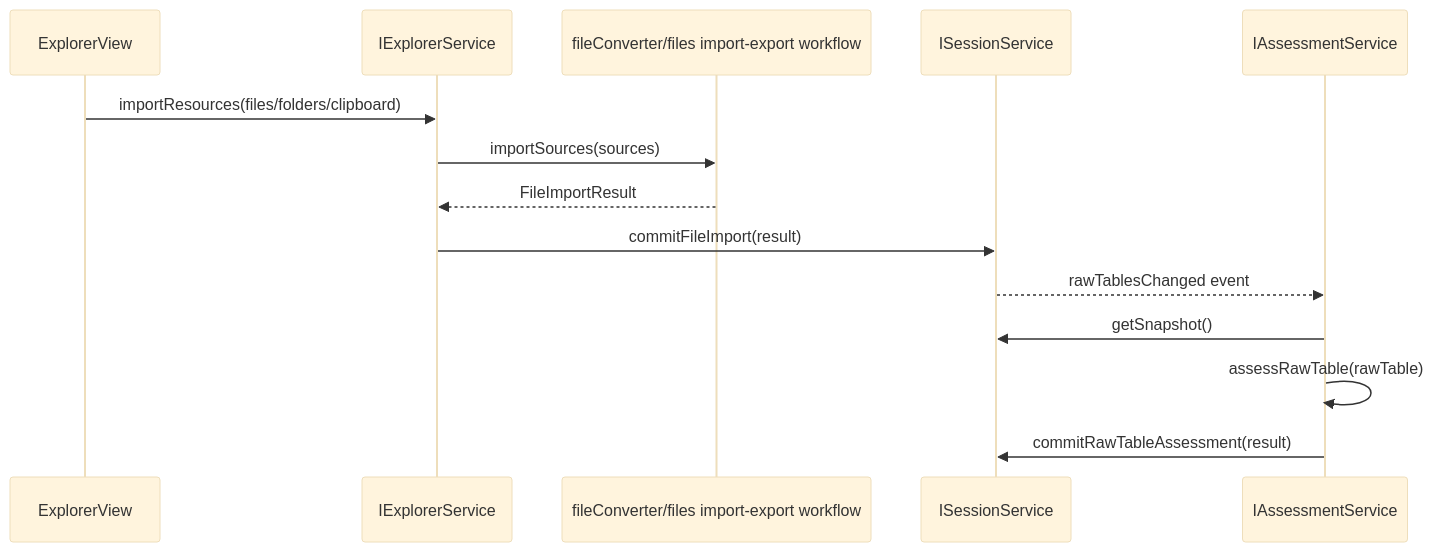
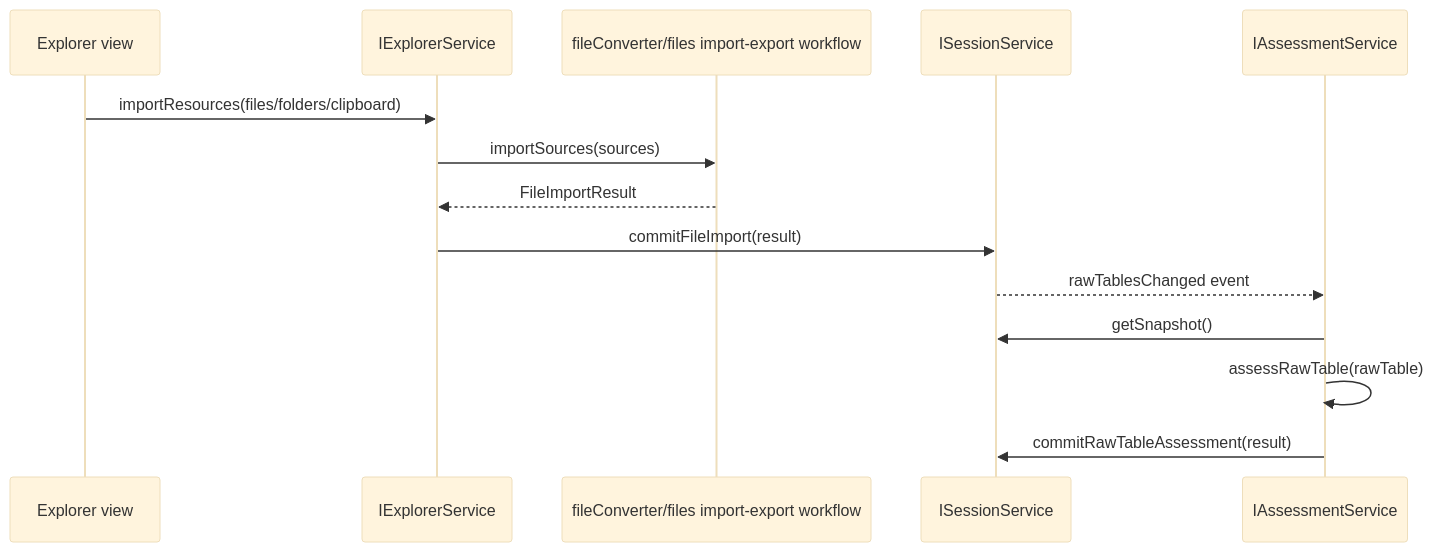
Before and after one commit to chogng/conductor: the third of 7 diagrams in .github/instructions/service-architecture.instructions.md, drawn with Mermaid (base theme). The commit also changed other lines of this file and 5 other files, not shown here.

````diff
--- a/.github/instructions/service-architecture.instructions.md
+++ b/.github/instructions/service-architecture.instructions.md
@@ -237,17 +237,17 @@
 ```mermaid
 sequenceDiagram
-    participant View as ExplorerView
+    participant View as Explorer view
     participant Explorer as IExplorerService
     participant FileImport as fileConverter/files import-export workflow
     participant Session as ISessionService
     participant Assessment as IAssessmentService
 
     View->>Explorer: importResources(files/folders/clipboard)
     Explorer->>FileImport: importSources(sources)
     FileImport-->>Explorer: FileImportResult
     Explorer->>Session: commitFileImport(result)
     Session-->>Assessment: rawTablesChanged event
     Assessment->>Session: getSnapshot()
     Assessment->>Assessment: assessRawTable(rawTable)
     Assessment->>Session: commitRawTableAssessment(result)
 ```
````
